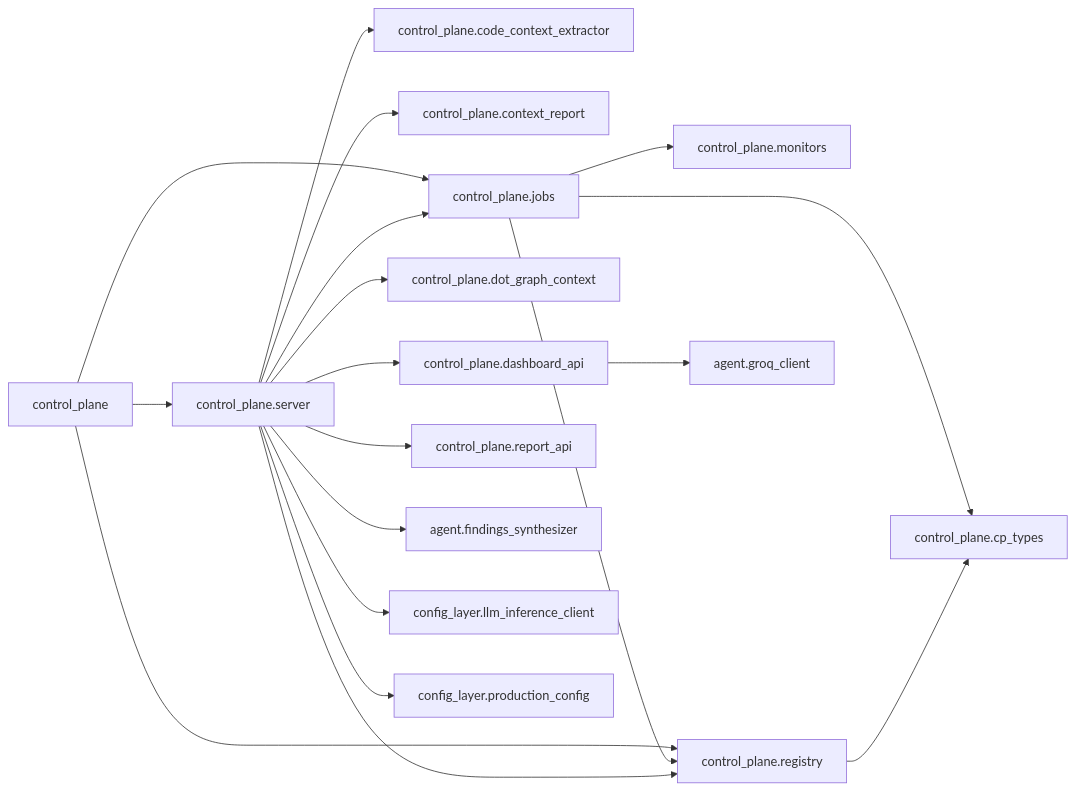
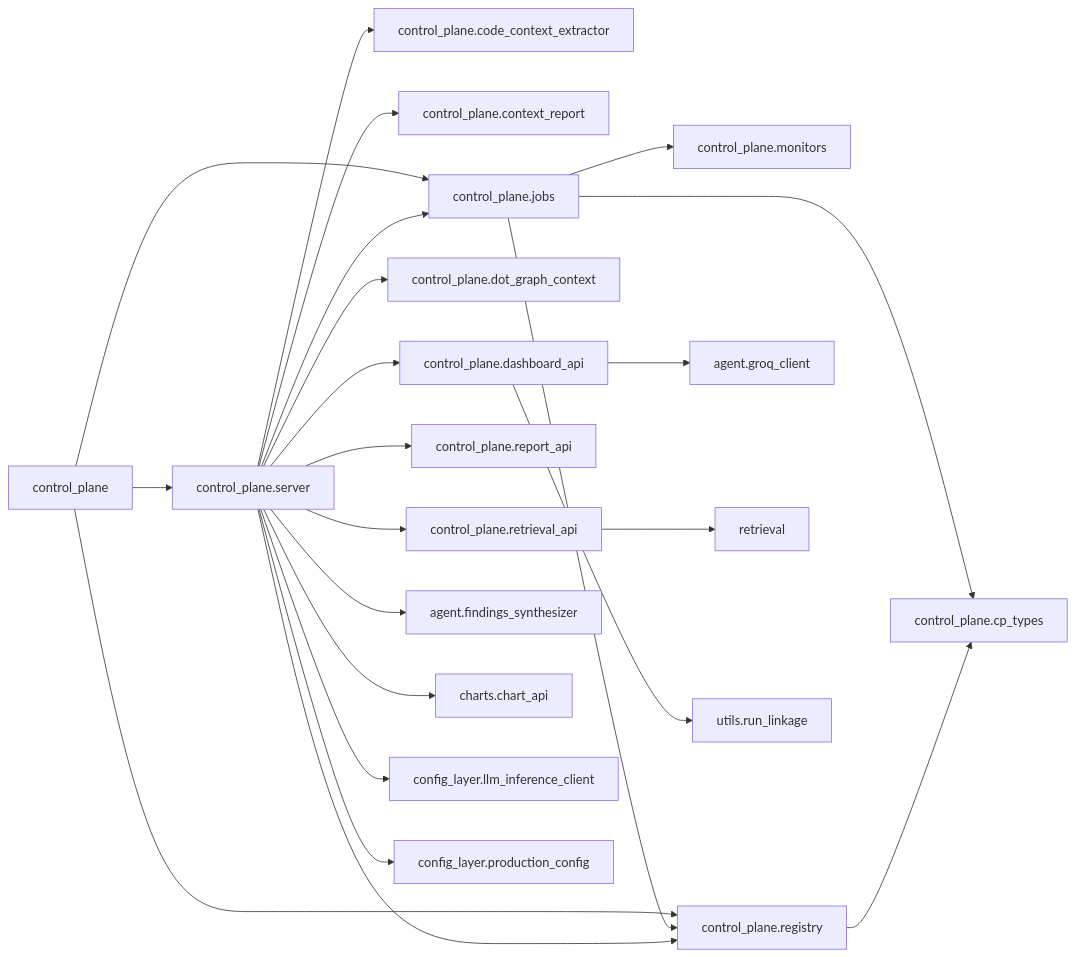
Before and after one commit to Chaithu1995-0312/TradeHlt: the eighth of 41 diagrams in docs/architecture/code-map.generated.md, drawn with Mermaid. The commit also changed other lines of this file and 39 other files, not shown here.

First line of the commit message:
docs: F-064 full-corpus re-measurement, feature-schema walk, architecture map sync

````diff
--- a/docs/architecture/code-map.generated.md
+++ b/docs/architecture/code-map.generated.md
@@ -566,36 +646,44 @@
 ```mermaid
 flowchart LR
     control_plane["control_plane"]
     control_plane_code_context_extractor["control_plane.code_context_extractor"]
     control_plane_context_report["control_plane.context_report"]
     control_plane_cp_types["control_plane.cp_types"]
     control_plane_dashboard_api["control_plane.dashboard_api"]
     control_plane_dot_graph_context["control_plane.dot_graph_context"]
     control_plane_jobs["control_plane.jobs"]
     control_plane_monitors["control_plane.monitors"]
     control_plane_registry["control_plane.registry"]
     control_plane_report_api["control_plane.report_api"]
+    control_plane_retrieval_api["control_plane.retrieval_api"]
     control_plane_server["control_plane.server"]
     agent_findings_synthesizer["agent.findings_synthesizer"]
     agent_groq_client["agent.groq_client"]
+    charts_chart_api["charts.chart_api"]
     config_layer_llm_inference_client["config_layer.llm_inference_client"]
     config_layer_production_config["config_layer.production_config"]
+    retrieval["retrieval"]
+    utils_run_linkage["utils.run_linkage"]
     control_plane --> control_plane_jobs
     control_plane --> control_plane_registry
     control_plane --> control_plane_server
     control_plane_dashboard_api --> agent_groq_client
+    control_plane_dashboard_api --> utils_run_linkage
     control_plane_jobs --> control_plane_cp_types
     control_plane_jobs --> control_plane_monitors
     control_plane_jobs --> control_plane_registry
     control_plane_registry --> control_plane_cp_types
+    control_plane_retrieval_api --> retrieval
     control_plane_server --> agent_findings_synthesizer
+    control_plane_server --> charts_chart_api
     control_plane_server --> config_layer_llm_inference_client
     control_plane_server --> config_layer_production_config
     control_plane_server --> control_plane_code_context_extractor
     control_plane_server --> control_plane_context_report
     control_plane_server --> control_plane_dashboard_api
     control_plane_server --> control_plane_dot_graph_context
     control_plane_server --> control_plane_jobs
     control_plane_server --> control_plane_registry
     control_plane_server --> control_plane_report_api
+    control_plane_server --> control_plane_retrieval_api
 ```
````
